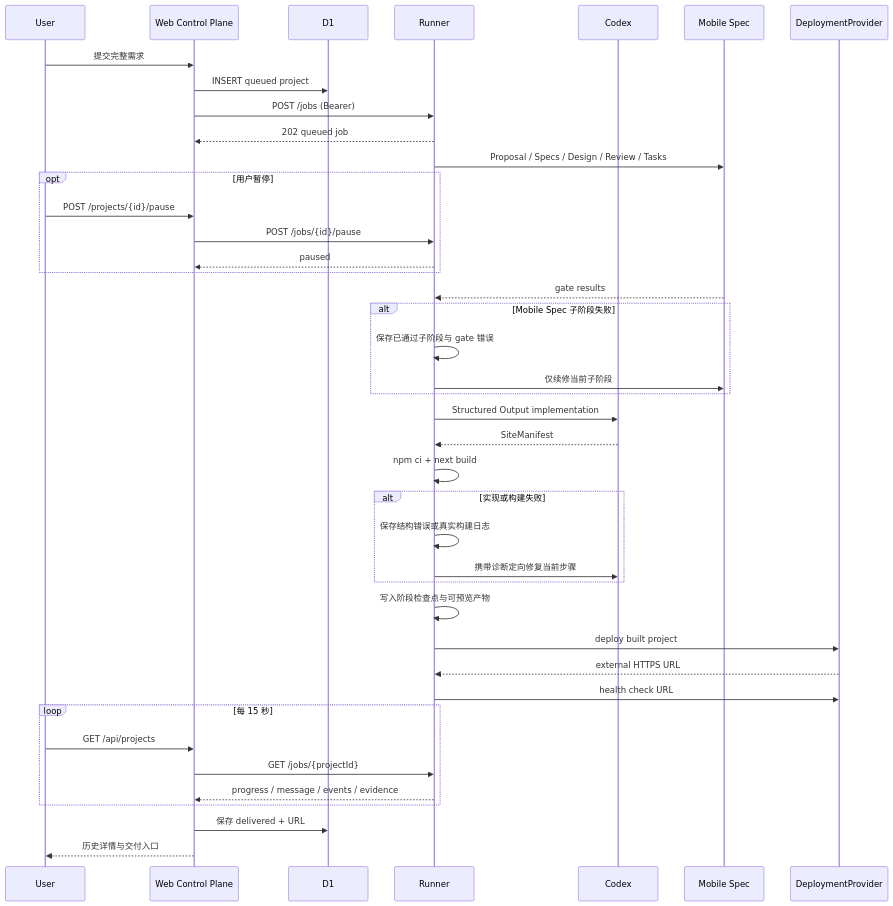
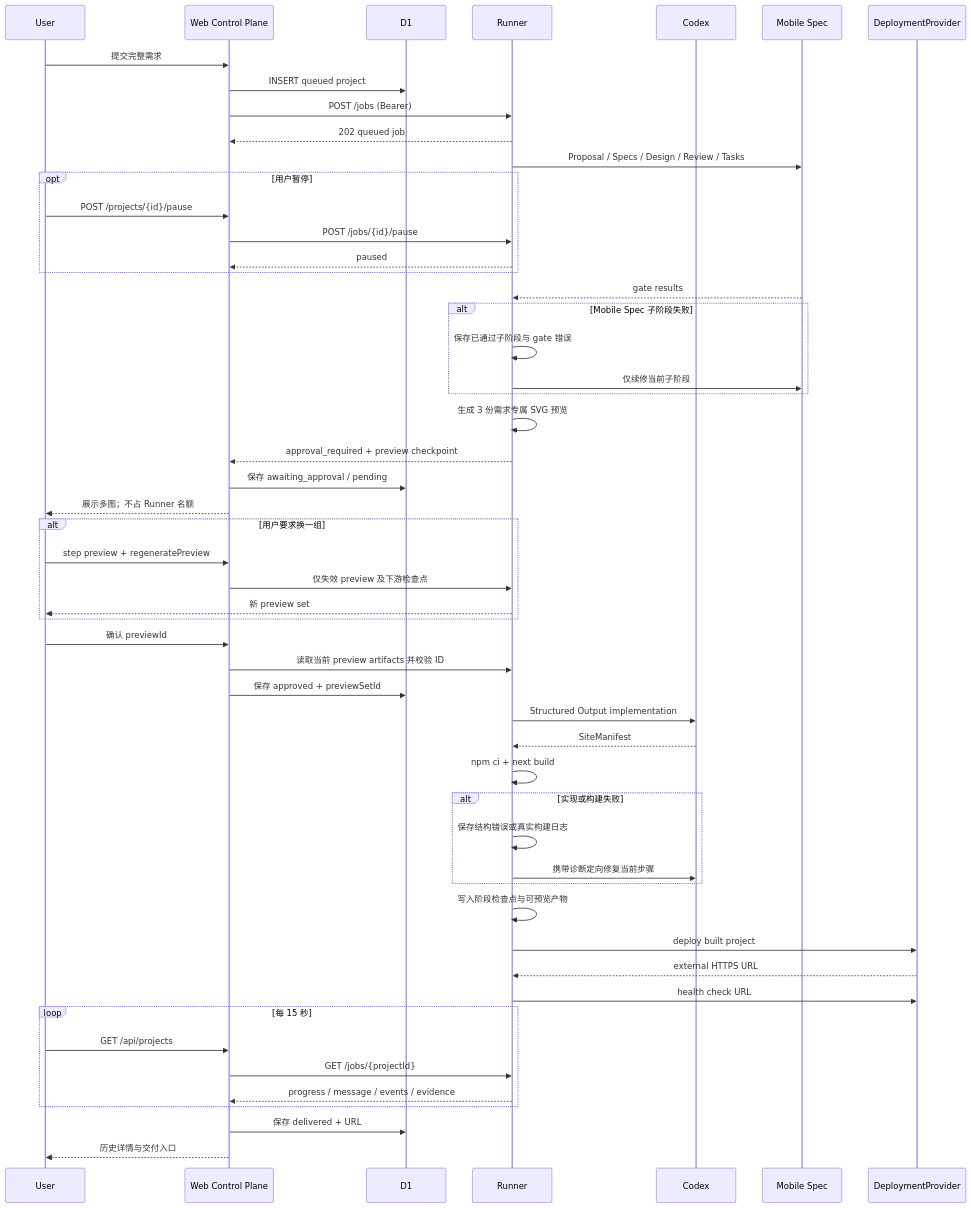
Before and after one commit to JonasQiu/mobile-app-build: the second of 2 diagrams in docs/总体技术方案.md, drawn with Mermaid. The commit also changed other lines of this file and 37 other files, not shown here.

Commit message:
feat: add preview approval gate before Codex

````diff
--- a/docs/总体技术方案.md
+++ b/docs/总体技术方案.md
@@ -28,44 +31,56 @@
 ```mermaid
 sequenceDiagram
   participant U as User
   participant W as Web Control Plane
   participant D as D1
   participant R as Runner
   participant C as Codex
   participant M as Mobile Spec
   participant P as DeploymentProvider
 
   U->>W: 提交完整需求
   W->>D: INSERT queued project
   W->>R: POST /jobs (Bearer)
   R-->>W: 202 queued job
   R->>M: Proposal / Specs / Design / Review / Tasks
   opt 用户暂停
     U->>W: POST /projects/{id}/pause
     W->>R: POST /jobs/{id}/pause
     R-->>W: paused
   end
   M-->>R: gate results
   alt Mobile Spec 子阶段失败
     R->>R: 保存已通过子阶段与 gate 错误
     R->>M: 仅续修当前子阶段
   end
+  R->>R: 生成 3 份需求专属 SVG 预览
+  R-->>W: approval_required + preview checkpoint
+  W->>D: 保存 awaiting_approval / pending
+  W-->>U: 展示多图；不占 Runner 名额
+  alt 用户要求换一组
+    U->>W: step preview + regeneratePreview
+    W->>R: 仅失效 preview 及下游检查点
+    R-->>U: 新 preview set
+  end
+  U->>W: 确认 previewId
+  W->>R: 读取当前 preview artifacts 并校验 ID
+  W->>D: 保存 approved + previewSetId
   R->>C: Structured Output implementation
   C-->>R: SiteManifest
   R->>R: npm ci + next build
   alt 实现或构建失败
     R->>R: 保存结构错误或真实构建日志
     R->>C: 携带诊断定向修复当前步骤
   end
   R->>R: 写入阶段检查点与可预览产物
   R->>P: deploy built project
   P-->>R: external HTTPS URL
   R->>P: health check URL
   loop 每 15 秒
     U->>W: GET /api/projects
     W->>R: GET /jobs/{projectId}
     R-->>W: progress / message / events / evidence
   end
   W->>D: 保存 delivered + URL
   W-->>U: 历史详情与交付入口
 ```
````
